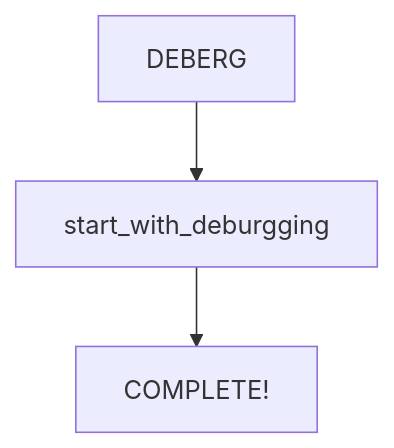
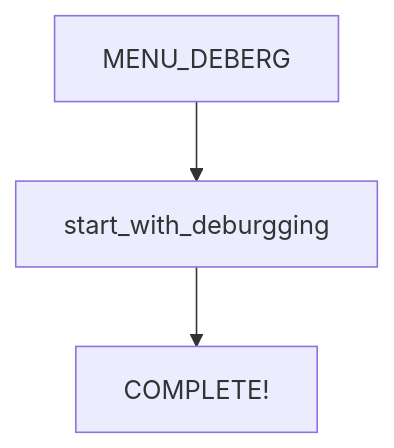
One commit to openbook-studio/book_note changed the second of 2 diagrams in build_execute_flow.md. Above: the diagram before and after it, drawn with Mermaid. The commit also changed other lines of this file, not shown here.

````diff
--- a/build_execute_flow.md
+++ b/build_execute_flow.md
@@ -8,6 +8,6 @@
 ```mermaid
 graph TD;
-A[DEBERG]-->B[start_with_deburgging];
+A[MENU_DEBERG]-->B[start_with_deburgging];
 B --> COMPLETE!;
 
 ```
````
